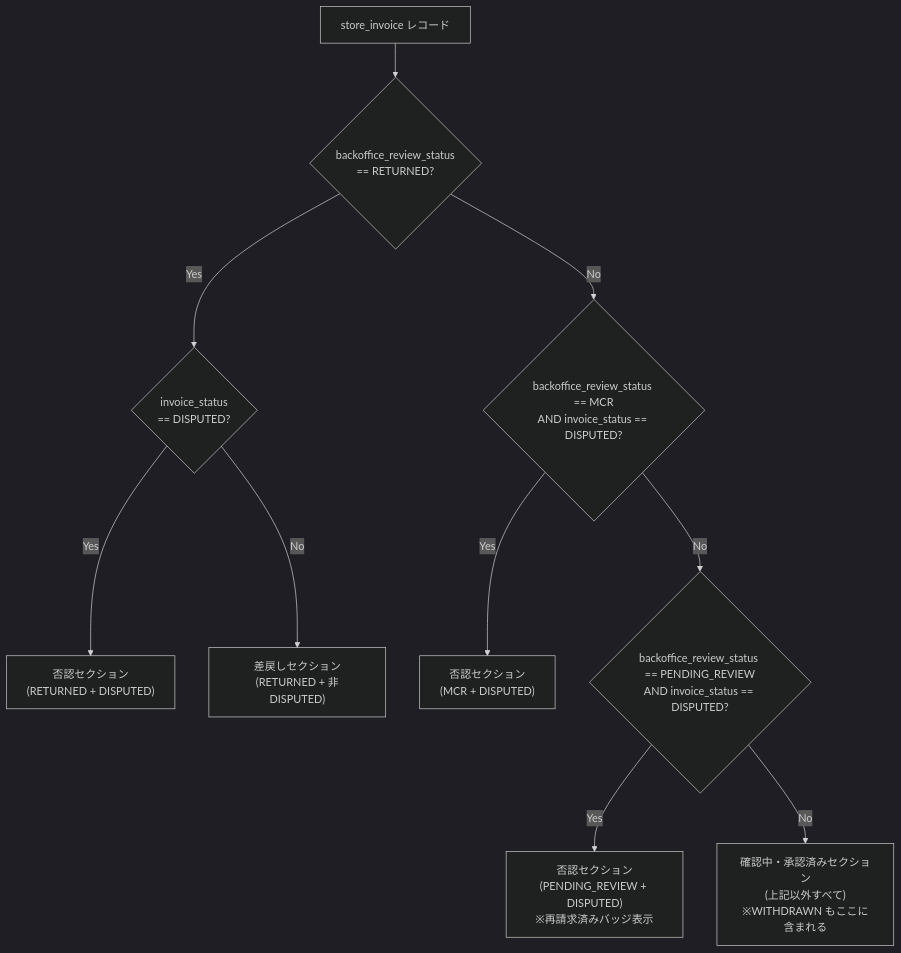
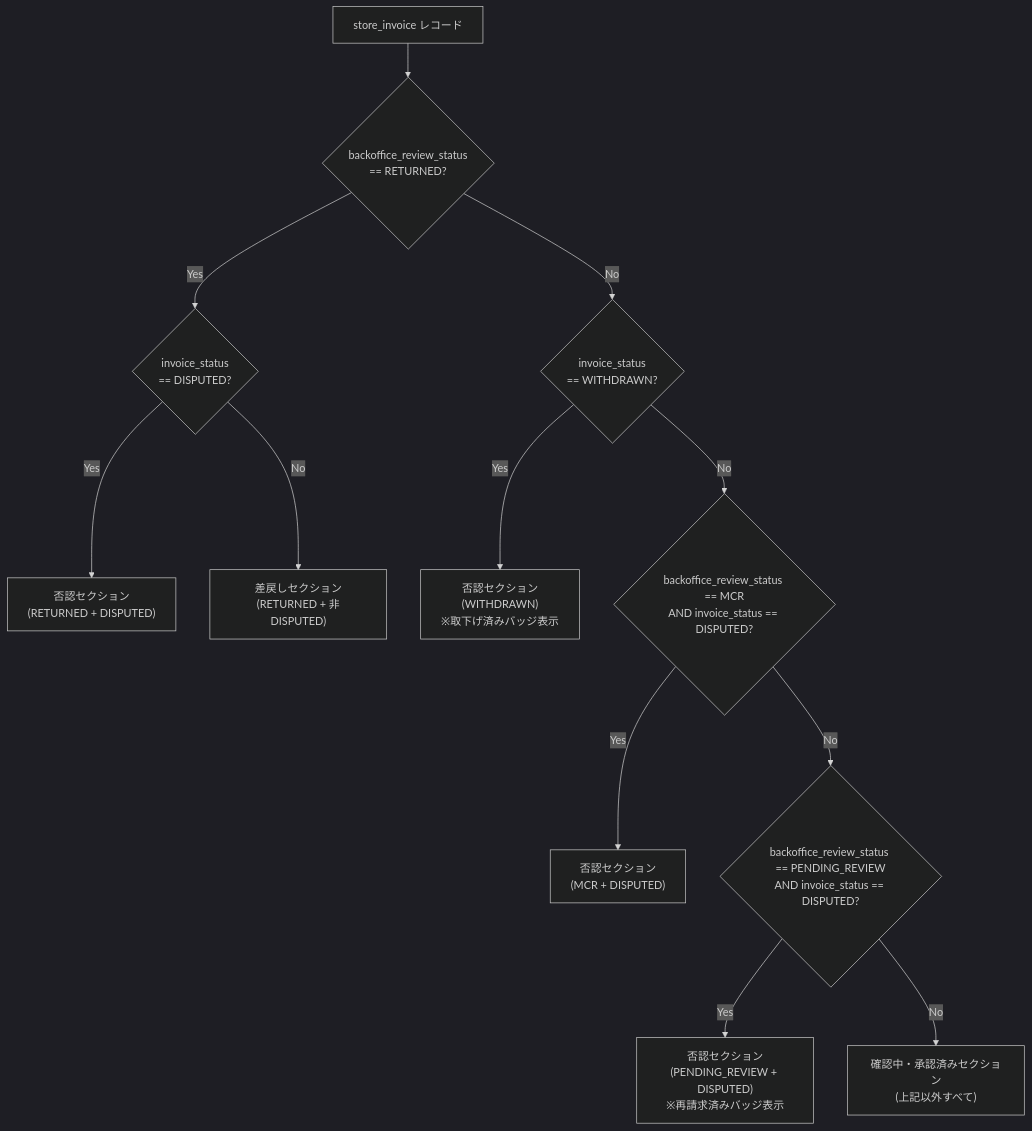
One commit to USEN-PAY-Products/connect-wholesale-gas-poc changed the third of 15 diagrams in docs/detail_page_specification.md. Above: the diagram before and after it, drawn with Mermaid (dark theme). The commit also changed other lines of this file and 1 other file, not shown here.

Commit message:
修正

````diff
--- a/docs/detail_page_specification.md
+++ b/docs/detail_page_specification.md
@@ -103,12 +103,14 @@
 ```mermaid
 flowchart TD
     A[store_invoice レコード] --> B{backoffice_review_status\n== RETURNED?}
     B -- Yes --> C{invoice_status\n== DISPUTED?}
     C -- Yes --> D["否認セクション\n(RETURNED + DISPUTED)"]
     C -- No --> E["差戻しセクション\n(RETURNED + 非DISPUTED)"]
-    B -- No --> F{backoffice_review_status == MCR\nAND invoice_status == DISPUTED?}
-    F -- Yes --> G["否認セクション\n(MCR + DISPUTED)"]
-    F -- No --> H{backoffice_review_status == PENDING_REVIEW\nAND invoice_status == DISPUTED?}
-    H -- Yes --> I["否認セクション\n(PENDING_REVIEW + DISPUTED)\n※再請求済みバッジ表示"]
-    H -- No --> J["確認中・承認済みセクション\n(上記以外すべて)\n※WITHDRAWN もここに含まれる"]
+    B -- No --> F{invoice_status\n== WITHDRAWN?}
+    F -- Yes --> G["否認セクション\n(WITHDRAWN)\n※取下げ済みバッジ表示"]
+    F -- No --> H{backoffice_review_status == MCR\nAND invoice_status == DISPUTED?}
+    H -- Yes --> I["否認セクション\n(MCR + DISPUTED)"]
+    H -- No --> K{backoffice_review_status == PENDING_REVIEW\nAND invoice_status == DISPUTED?}
+    K -- Yes --> L["否認セクション\n(PENDING_REVIEW + DISPUTED)\n※再請求済みバッジ表示"]
+    K -- No --> J["確認中・承認済みセクション\n(上記以外すべて)"]
 ```
````
